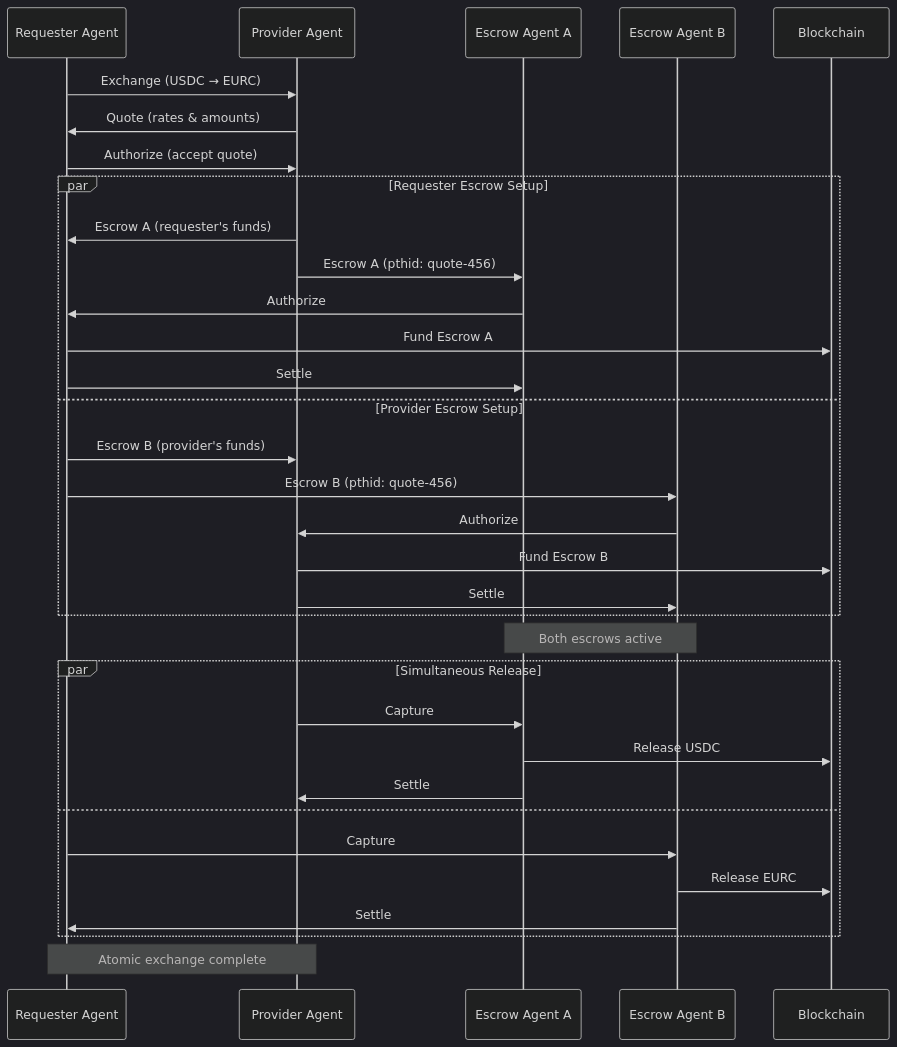
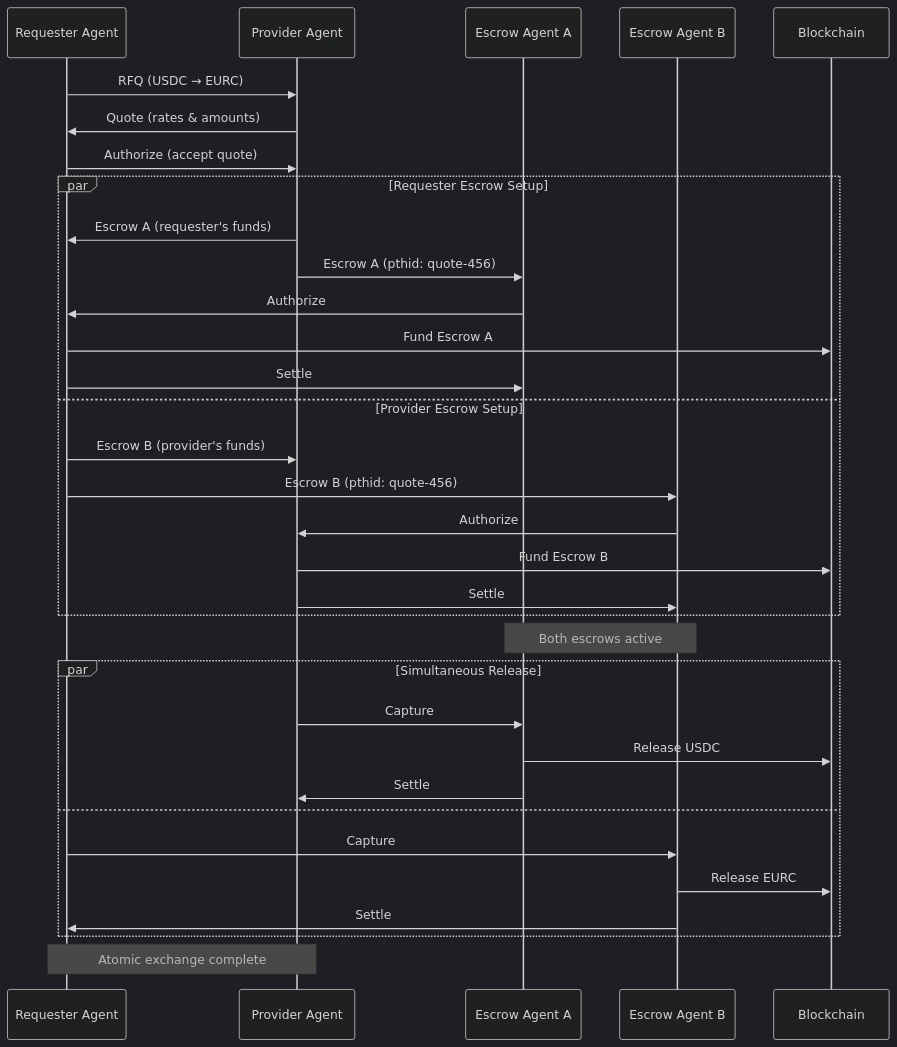
The fourth of 5 diagrams in TAIPs/taip-18.md (TransactionAuthorizationProtocol/TAIPs), drawn with Mermaid (dark theme) before and after one commit. The commit also changed other lines of this file and 11 other files, not shown here.

First line of the commit message:
Rename TAIP-18 Exchange message type to RFQ

````diff
--- a/TAIPs/taip-18.md
+++ b/TAIPs/taip-18.md
@@ -542,40 +542,40 @@
 ```mermaid
 sequenceDiagram
     participant Requester as Requester Agent
     participant Provider as Provider Agent
     participant EscrowA as Escrow Agent A
     participant EscrowB as Escrow Agent B
     participant Blockchain
 
-    Requester->>Provider: Exchange (USDC → EURC)
+    Requester->>Provider: RFQ (USDC → EURC)
     Provider->>Requester: Quote (rates & amounts)
     Requester->>Provider: Authorize (accept quote)
 
     par Requester Escrow Setup
         Provider->>Requester: Escrow A (requester's funds)
         Provider->>EscrowA: Escrow A (pthid: quote-456)
         EscrowA->>Requester: Authorize
         Requester->>Blockchain: Fund Escrow A
         Requester->>EscrowA: Settle
     and Provider Escrow Setup
         Requester->>Provider: Escrow B (provider's funds)
         Requester->>EscrowB: Escrow B (pthid: quote-456)
         EscrowB->>Provider: Authorize
         Provider->>Blockchain: Fund Escrow B
         Provider->>EscrowB: Settle
     end
 
     Note over EscrowA,EscrowB: Both escrows active
 
     par Simultaneous Release
         Provider->>EscrowA: Capture
         EscrowA->>Blockchain: Release USDC
         EscrowA->>Provider: Settle
     and
         Requester->>EscrowB: Capture
         EscrowB->>Blockchain: Release EURC
         EscrowB->>Requester: Settle
     end
 
     Note over Requester,Provider: Atomic exchange complete
 ```
````
